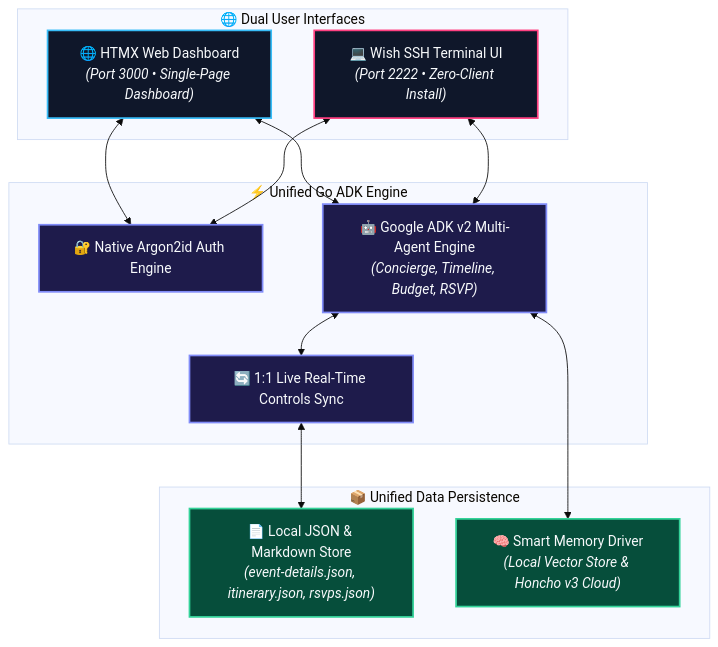
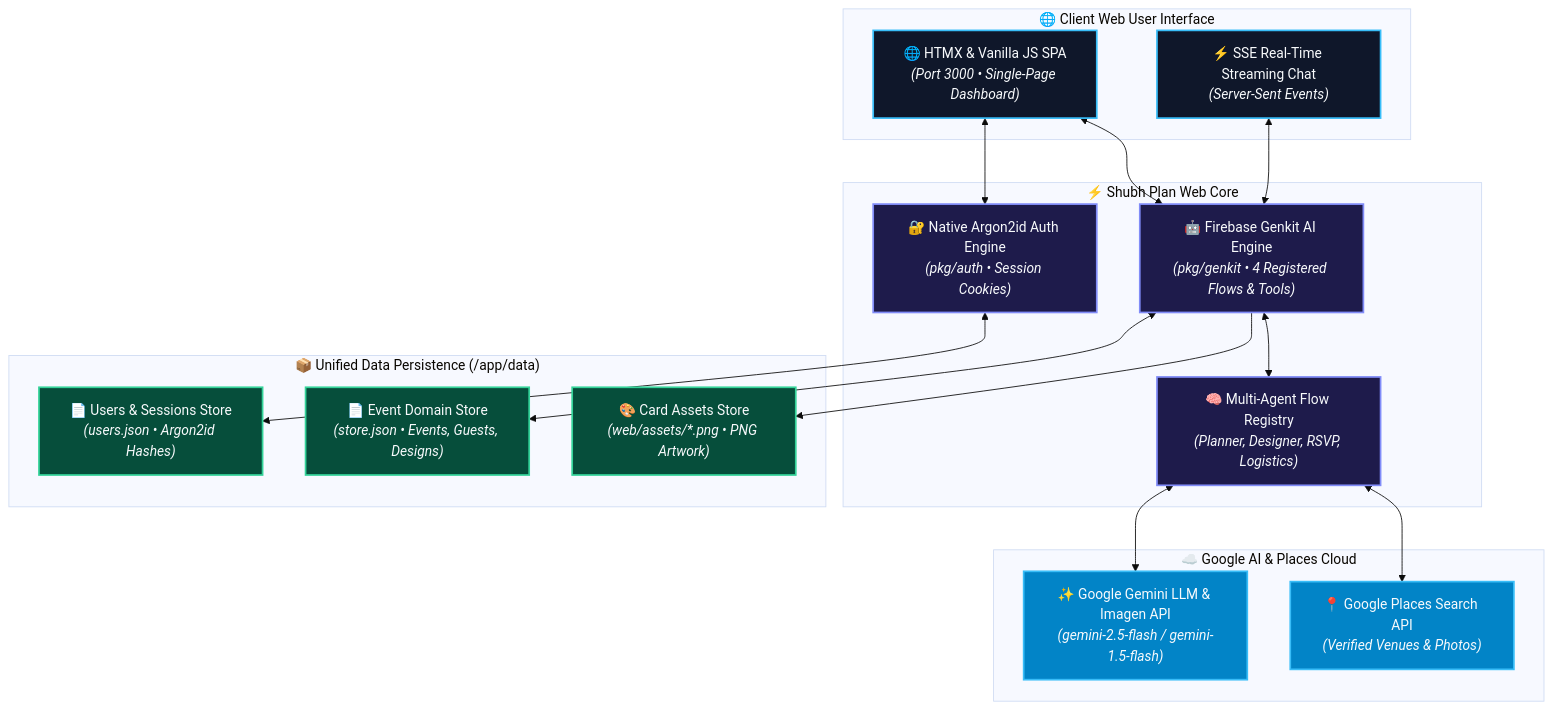
Before and after one commit to Ekarna-Interactive/labs-shubhplan-ai: the diagram in README.md, drawn with Mermaid (base theme). The commit also changed other lines of this file and 75 other files, not shown here.

Commit message:
feat: implement shubh-plan-web and shubh-plan-open applications with glassmorphic UI, Gemini API integration, and modular component architecture

````diff
--- a/README.md
+++ b/README.md
@@ -22,31 +24,39 @@
 ```mermaid
 graph TD
     classDef web fill:#0f172a,stroke:#38bdf8,stroke-width:2px,color:#f8fafc;
-    classDef tui fill:#0f172a,stroke:#ff4081,stroke-width:2px,color:#f8fafc;
     classDef core fill:#1e1b4b,stroke:#818cf8,stroke-width:2px,color:#f8fafc;
+    classDef cloud fill:#0284c7,stroke:#38bdf8,stroke-width:2px,color:#f8fafc;
     classDef store fill:#064e3b,stroke:#34d399,stroke-width:2px,color:#f8fafc;
 
-    subgraph CLIENTS ["🌐 Dual User Interfaces"]
-        WEB["🌐 HTMX Web Dashboard<br/><i>(Port 3000 • Single-Page Dashboard)</i>"]:::web
-        TUI["💻 Wish SSH Terminal UI<br/><i>(Port 2222 • Zero-Client Install)</i>"]:::tui
+    subgraph CLIENTS ["🌐 Client Web User Interface"]
+        WEB["🌐 HTMX & Vanilla JS SPA<br/><i>(Port 3000 • Single-Page Dashboard)</i>"]:::web
+        SSE["⚡ SSE Real-Time Streaming Chat<br/><i>(Server-Sent Events)</i>"]:::web
     end
 
-    subgraph CORE ["⚡ Unified Go ADK Engine"]
-        AUTH["🔐 Native Argon2id Auth Engine"]:::core
-        ADK["🤖 Google ADK v2 Multi-Agent Engine<br/><i>(Concierge, Timeline, Budget, RSVP)</i>"]:::core
-        SYNC["🔄 1:1 Live Real-Time Controls Sync"]:::core
+    subgraph CORE ["⚡ Shubh Plan Web Core"]
+        AUTH["🔐 Native Argon2id Auth Engine<br/><i>(pkg/auth • Session Cookies)</i>"]:::core
+        GENKIT["🤖 Firebase Genkit AI Engine<br/><i>(pkg/genkit • 4 Registered Flows & Tools)</i>"]:::core
+        AGENTS["🧠 Multi-Agent Flow Registry<br/><i>(Planner, Designer, RSVP, Logistics)</i>"]:::core
     end
 
-    subgraph DATA ["📦 Unified Data Persistence"]
-        JSON["📄 Local JSON & Markdown Store<br/><i>(event-details.json, itinerary.json, rsvps.json)</i>"]:::store
-        MEM["🧠 Smart Memory Driver<br/><i>(Local Vector Store & Honcho v3 Cloud)</i>"]:::store
+    subgraph CLOUD ["☁️ Google AI & Places Cloud"]
+        GEMINI["✨ Google Gemini LLM & Imagen API<br/><i>(gemini-2.5-flash / gemini-1.5-flash)</i>"]:::cloud
+        PLACES["📍 Google Places Search API<br/><i>(Verified Venues & Photos)</i>"]:::cloud
+    end
+
+    subgraph DATA ["📦 Unified Data Persistence (/app/data)"]
+        USERDB["📄 Users & Sessions Store<br/><i>(users.json • Argon2id Hashes)</i>"]:::store
+        STOREDB["📄 Event Domain Store<br/><i>(store.json • Events, Guests, Designs)</i>"]:::store
+        ASSETS["🎨 Card Assets Store<br/><i>(web/assets/*.png • PNG Artwork)</i>"]:::store
     end
 
     WEB <--> AUTH
-    TUI <--> AUTH
-    WEB <--> ADK
-    TUI <--> ADK
-    ADK <--> SYNC
-    SYNC <--> JSON
-    ADK <--> MEM
+    WEB <--> GENKIT
+    SSE <--> GENKIT
+    GENKIT <--> AGENTS
+    AGENTS <--> GEMINI
+    AGENTS <--> PLACES
+    AUTH <--> USERDB
+    GENKIT <--> STOREDB
+    GENKIT --> ASSETS
 ```
````
